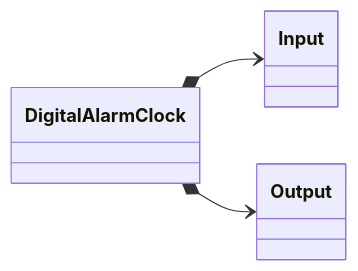
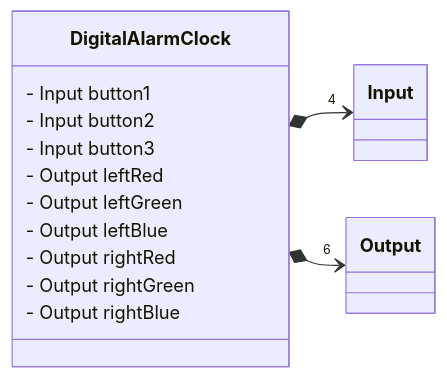
The diagram in README.md (vermilion9312/digital-alarm-clock), drawn with Mermaid before and after one commit. The commit also changed 100 other files, not shown here.

````diff
--- a/README.md
+++ b/README.md
@@ -5,16 +5,27 @@
 ```mermaid
 classDiagram
 direction LR
 
 class Input {
 }
 
 class Output {
 }
 
 class DigitalAlarmClock {
+    - Input button1
+    - Input button2
+    - Input button3
+
+    - Output leftRed
+    - Output leftGreen
+    - Output leftBlue
+
+    - Output rightRed
+    - Output rightGreen
+    - Output rightBlue
 }
 
-DigitalAlarmClock *--> Input
-DigitalAlarmClock *--> Output
+DigitalAlarmClock *--> "4" Input
+DigitalAlarmClock *--> "6" Output
 ```
````
